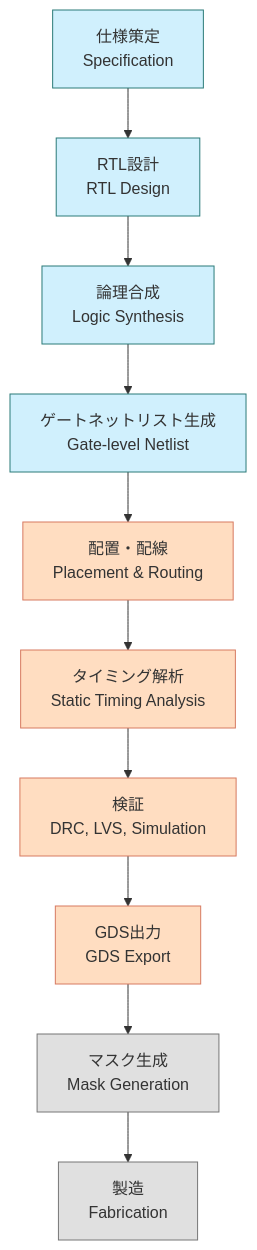
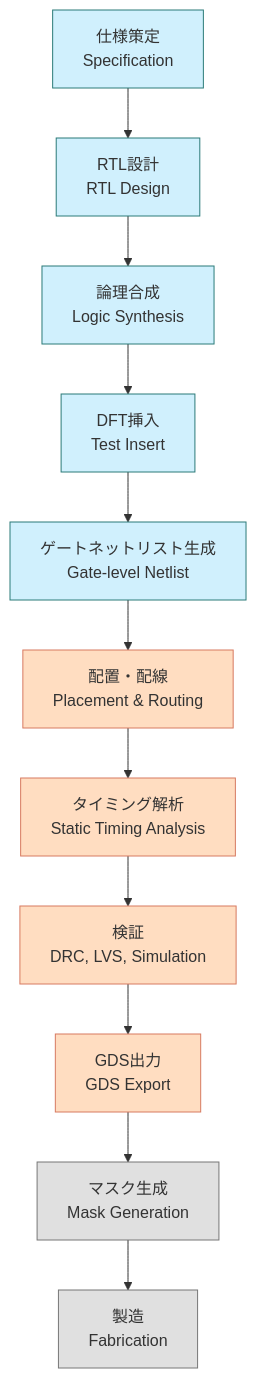
One commit to Samizo-AITL/Edusemi-v4x changed the diagram in chapter5_soc_design_flow/5.1_soc_design_flow.md. Above: the diagram before and after it, drawn with Mermaid. The commit also changed other lines of this file, not shown here.

````diff
--- a/chapter5_soc_design_flow/5.1_soc_design_flow.md
+++ b/chapter5_soc_design_flow/5.1_soc_design_flow.md
@@ -24,23 +22,23 @@
 ```mermaid
 graph TD
-    %% ノード定義とフロー構造
     A[仕様策定<br>Specification] --> B[RTL設計<br>RTL Design]
     B --> C[論理合成<br>Logic Synthesis]
-    C --> D[ゲートネットリスト生成<br>Gate-level Netlist]
-    D --> E[配置・配線<br>Placement & Routing]
-    E --> F[タイミング解析<br>Static Timing Analysis]
-    F --> G[検証<br>DRC, LVS, Simulation]
-    G --> H[GDS出力<br>GDS Export]
-    H --> I[マスク生成<br>Mask Generation]
-    I --> J[製造<br>Fabrication]
+    C --> D[DFT挿入<br>Test Insert]
+    D --> E[ゲートネットリスト生成<br>Gate-level Netlist]
+    E --> F[配置・配線<br>Placement & Routing]
+    F --> G[タイミング解析<br>Static Timing Analysis]
+    G --> H[検証<br>DRC, LVS, Simulation]
+    H --> I[GDS出力<br>GDS Export]
+    I --> J[マスク生成<br>Mask Generation]
+    J --> K[製造<br>Fabrication]
 
     %% 色分けスタイル定義
     classDef front_end fill:#D0F0FD,stroke:#2B7A78,stroke-width:1px;
     classDef back_end  fill:#FFDDC1,stroke:#D77A61,stroke-width:1px;
     classDef manuf     fill:#E0E0E0,stroke:#777,stroke-width:1px;
 
-    %% クラス適用（分業構造）
-    class A,B,C,D front_end;
-    class E,F,G,H back_end;
-    class I,J manuf;
+    %% クラス適用
+    class A,B,C,D,E front_end;
+    class F,G,H,I back_end;
+    class J,K manuf;
 ```
````
